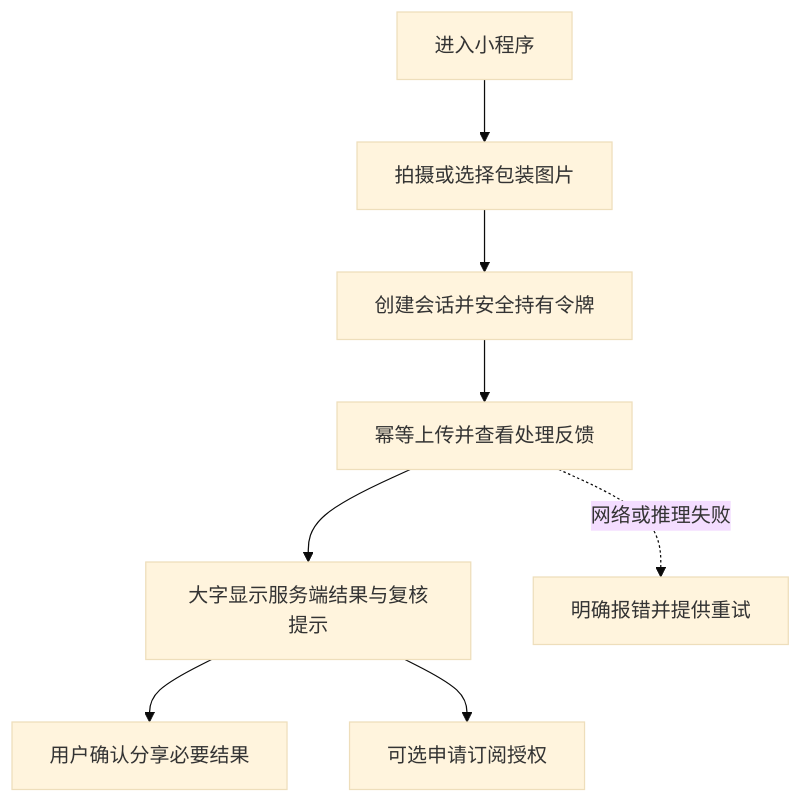
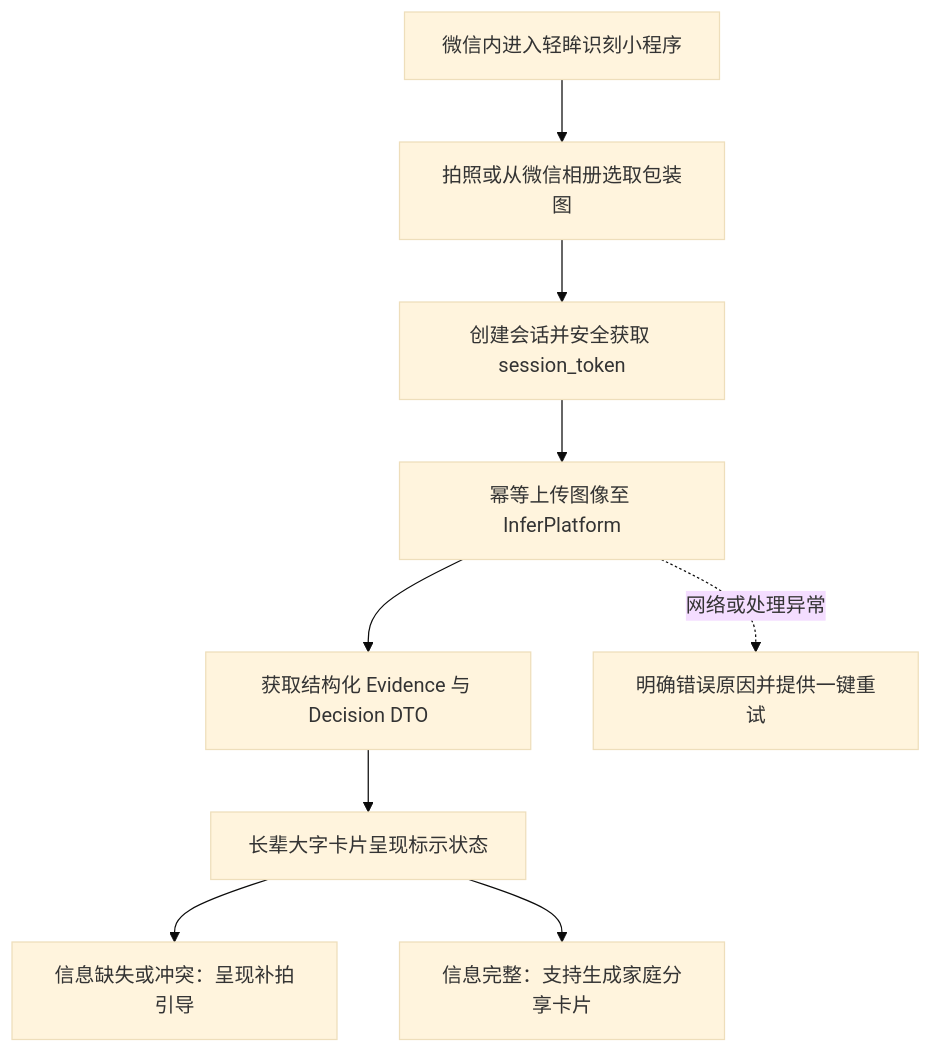
One commit to QingMouFoodDate/WxClient changed the diagram in README.md. Above: the diagram before and after it, drawn with Mermaid (base theme). The commit also changed other lines of this file, not shown here.

````diff
--- a/README.md
+++ b/README.md
@@ -22,10 +38,11 @@
 ```mermaid
 flowchart TD
-    A[进入小程序] --> B[拍摄或选择包装图片]
-    B --> C[创建会话并安全持有令牌]
-    C --> D[幂等上传并查看处理反馈]
-    D --> E[大字显示服务端结果与复核提示]
-    E --> F[用户确认分享必要结果]
-    E --> G[可选申请订阅授权]
-    D -.网络或推理失败.-> H[明确报错并提供重试]
+    A["微信内进入轻眸识刻小程序"] --> B["拍照或从微信相册选取包装图"]
+    B --> C["创建会话并安全获取 session_token"]
+    C --> D["幂等上传图像至 InferPlatform"]
+    D --> E["获取结构化 Evidence 与 Decision DTO"]
+    E --> F["长辈大字卡片呈现标示状态"]
+    F --> G["信息缺失或冲突：呈现补拍引导"]
+    F --> H["信息完整：支持生成家庭分享卡片"]
+    D -.网络或处理异常.-> I["明确错误原因并提供一键重试"]
 ```
````
